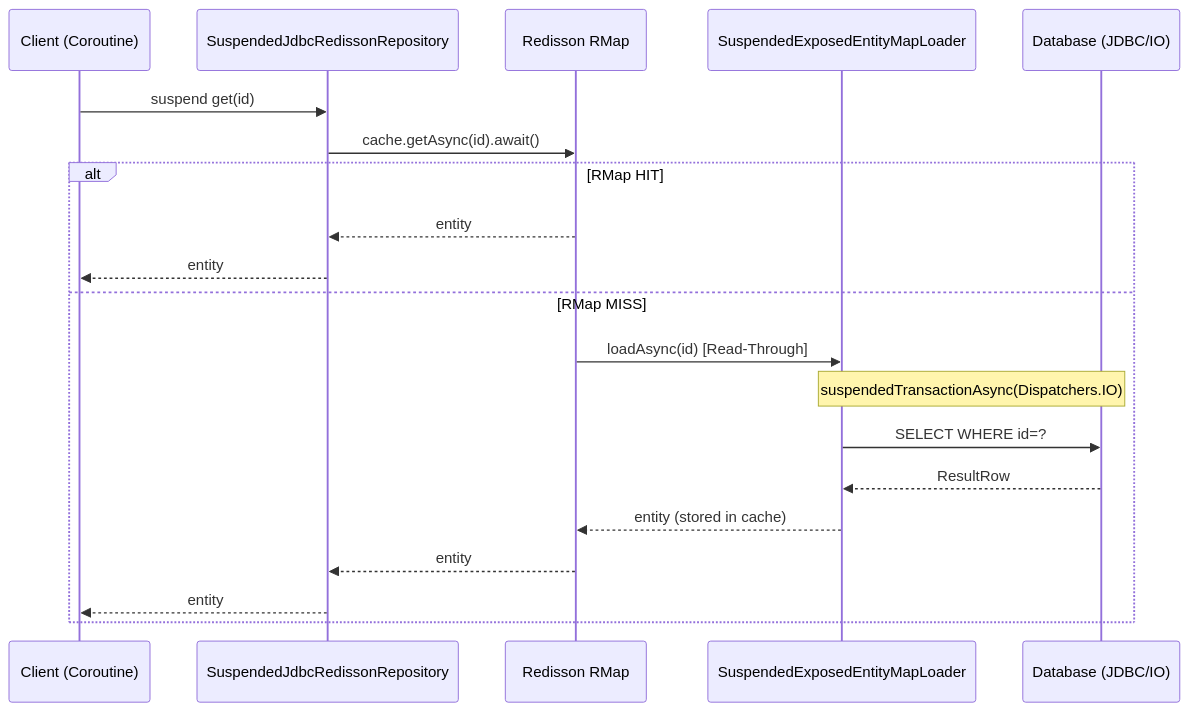
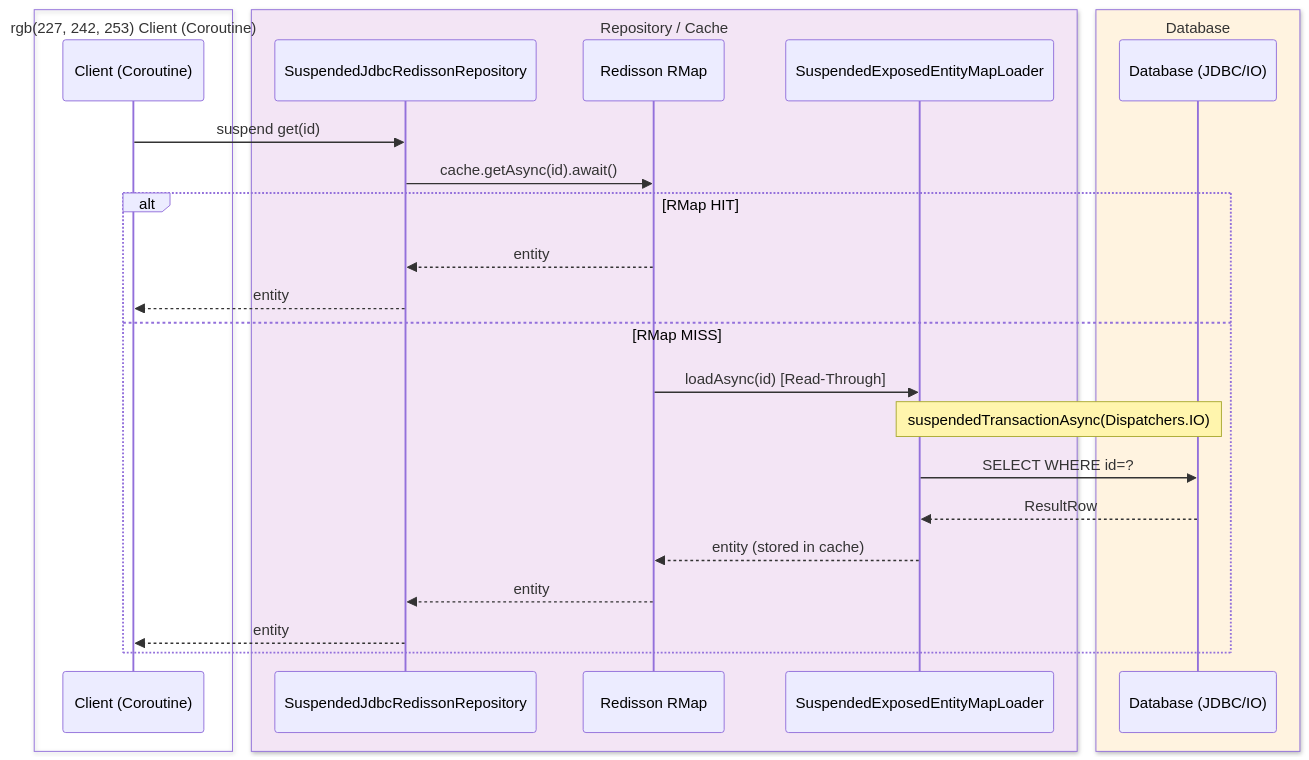
Before and after one commit to bluetape4k/bluetape4k-projects: the fifth of 7 diagrams in data/exposed-jdbc-redisson/README.md, drawn with Mermaid. The commit also changed other lines of this file and 221 other files, not shown here.

First line of the commit message:
docs: 전체 모듈 README UML 다이어그램 보강 및 색상 업그레이드

````diff
--- a/data/exposed-jdbc-redisson/README.md
+++ b/data/exposed-jdbc-redisson/README.md
@@ -475,23 +510,29 @@
 ```mermaid
 sequenceDiagram
-    participant Client as Client (Coroutine)
-    participant Repo as SuspendedJdbcRedissonRepository
-    participant RMap as Redisson RMap
-    participant Loader as SuspendedExposedEntityMapLoader
-    participant DB as Database (JDBC/IO)
+    box rgb(227, 242, 253) Client (Coroutine)
+        participant Client as Client (Coroutine)
+    end
+    box rgb(243, 229, 245) Repository / Cache
+        participant Repo as SuspendedJdbcRedissonRepository
+        participant RMap as Redisson RMap
+        participant Loader as SuspendedExposedEntityMapLoader
+    end
+    box rgb(255, 243, 224) Database
+        participant DB as Database (JDBC/IO)
+    end
 
     Client->>Repo: suspend get(id)
     Repo->>RMap: cache.getAsync(id).await()
     alt RMap HIT
         RMap-->>Repo: entity
         Repo-->>Client: entity
     else RMap MISS
         RMap->>Loader: loadAsync(id) [Read-Through]
         Note over Loader,DB: suspendedTransactionAsync(Dispatchers.IO)
         Loader->>DB: SELECT WHERE id=?
         DB-->>Loader: ResultRow
         Loader-->>RMap: entity (stored in cache)
         RMap-->>Repo: entity
         Repo-->>Client: entity
     end
 ```
````
